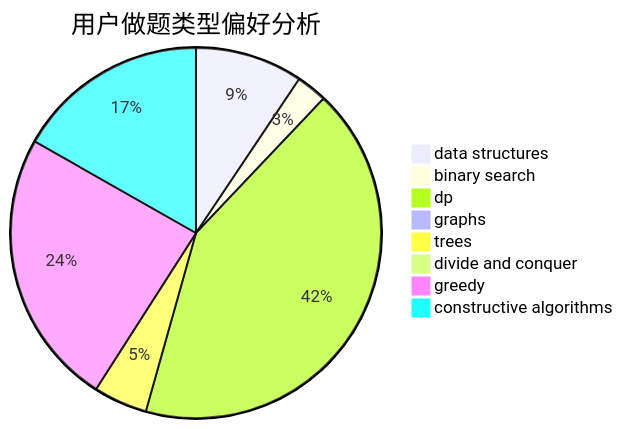
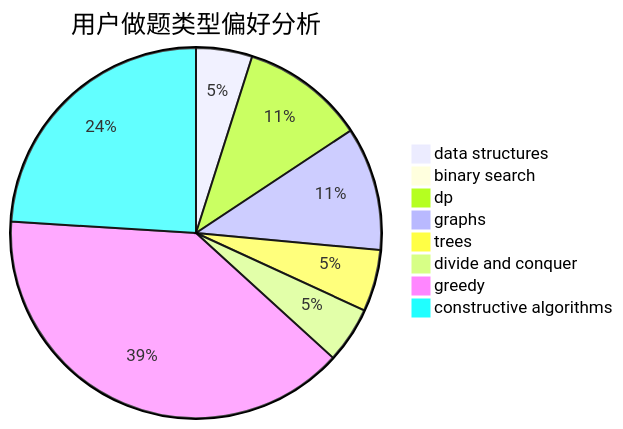
The second of 3 diagrams in docs/user/u2262.md (sherpahu/cfrs.github.io), drawn with Mermaid before and after one commit. The commit also changed other lines of this file and 2770 other files, not shown here.

````diff
--- a/docs/user/u2262.md
+++ b/docs/user/u2262.md
@@ -23,11 +23,11 @@
 ```mermaid
 pie title 用户做题类型偏好分析
-    "data structures" :  14
-    "binary search" :  4
-    "dp" :  63
-    "graphs" :  0
-    "trees" :  7
-    "divide and conquer" :  0
-    "greedy" :  36
-    "constructive algorithms" :  25
+    "data structures" :  10
+    "binary search" :  0
+    "dp" :  22
+    "graphs" :  22
+    "trees" :  11
+    "divide and conquer" :  10
+    "greedy" :  80
+    "constructive algorithms" :  49
 ```
````
